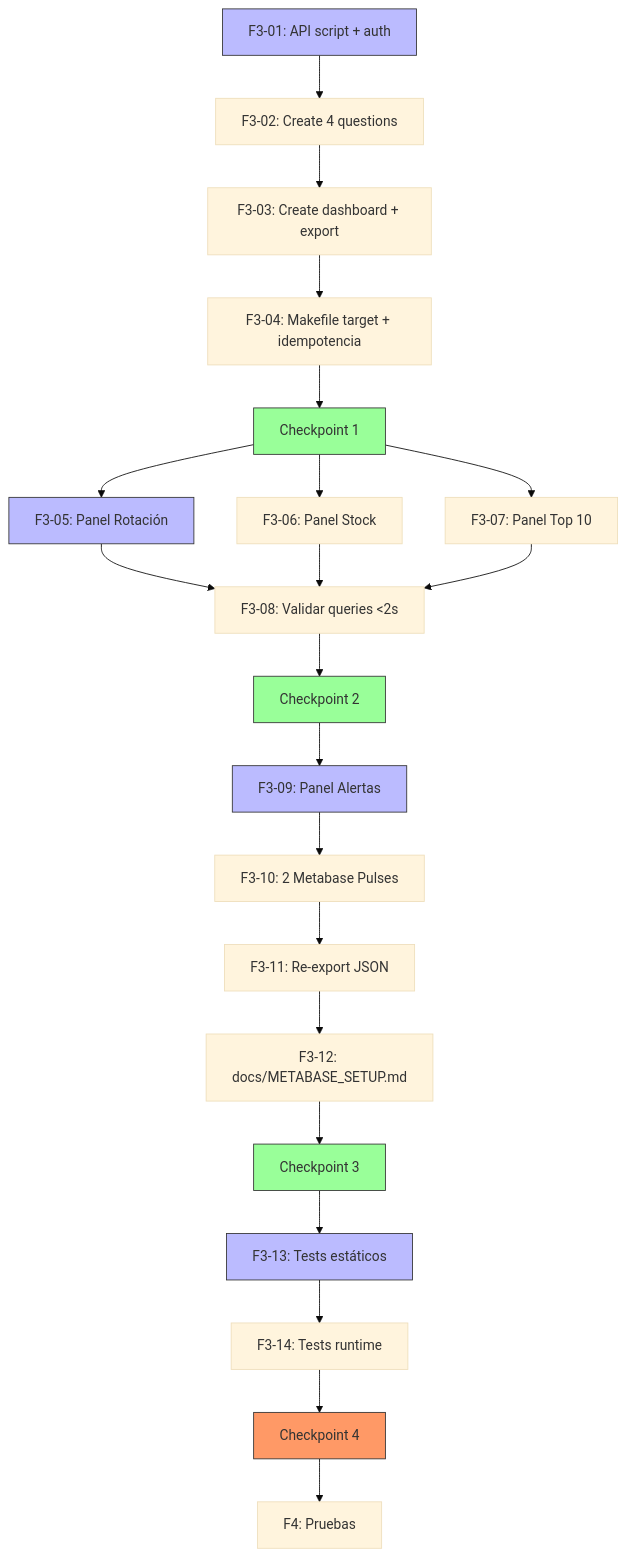
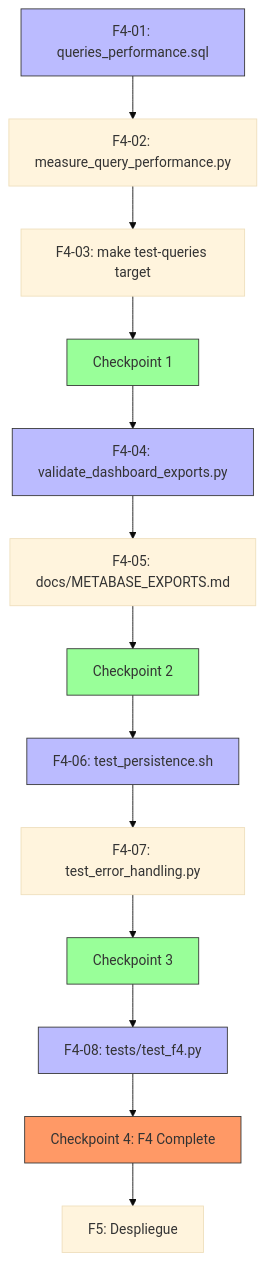
Before and after one commit to Fisherk2/dashboard-metabase-analiticas: the diagram in tasks/plan.md, drawn with Mermaid (base theme). The commit also changed other lines of this file and 1 other file, not shown here.

Commit message:
docs(f4): create F4 execution plan — Performance, Export, Resilience, Test Suite

````diff
--- a/tasks/plan.md
+++ b/tasks/plan.md
@@ -135,32 +128,24 @@
 ```mermaid
 graph TD
-    F3_01[F3-01: API script + auth] --> F3_02[F3-02: Create 4 questions]
-    F3_02 --> F3_03[F3-03: Create dashboard + export]
-    F3_03 --> F3_04[F3-04: Makefile target + idempotencia]
-    F3_04 --> C1[Checkpoint 1]
-    C1 --> F3_05[F3-05: Panel Rotación]
-    C1 --> F3_06[F3-06: Panel Stock]
-    C1 --> F3_07[F3-07: Panel Top 10]
-    F3_05 --> F3_08[F3-08: Validar queries <2s]
-    F3_06 --> F3_08
-    F3_07 --> F3_08
-    F3_08 --> C2[Checkpoint 2]
-    C2 --> F3_09[F3-09: Panel Alertas]
-    F3_09 --> F3_10[F3-10: 2 Metabase Pulses]
-    F3_10 --> F3_11[F3-11: Re-export JSON]
-    F3_11 --> F3_12[F3-12: docs/METABASE_SETUP.md]
-    F3_12 --> C3[Checkpoint 3]
-    C3 --> F3_13[F3-13: Tests estáticos]
-    F3_13 --> F3_14[F3-14: Tests runtime]
-    F3_14 --> C4[Checkpoint 4]
-    C4 --> F4[F4: Pruebas]
+    F4_01[F4-01: queries_performance.sql] --> F4_02[F4-02: measure_query_performance.py]
+    F4_02 --> F4_03[F4-03: make test-queries target]
+    F4_03 --> C1[Checkpoint 1]
+    C1 --> F4_04[F4-04: validate_dashboard_exports.py]
+    F4_04 --> F4_05[F4-05: docs/METABASE_EXPORTS.md]
+    F4_05 --> C2[Checkpoint 2]
+    C2 --> F4_06[F4-06: test_persistence.sh]
+    F4_06 --> F4_07[F4-07: test_error_handling.py]
+    F4_07 --> C3[Checkpoint 3]
+    C3 --> F4_08[F4-08: tests/test_f4.py]
+    F4_08 --> C4[Checkpoint 4: F4 Complete]
+    C4 --> F5[F5: Despliegue]
 
-    style F3_01 fill:#bbf,stroke:#333
-    style F3_05 fill:#bbf,stroke:#333
-    style F3_09 fill:#bbf,stroke:#333
-    style F3_13 fill:#bbf,stroke:#333
+    style F4_01 fill:#bbf,stroke:#333
+    style F4_04 fill:#bbf,stroke:#333
+    style F4_06 fill:#bbf,stroke:#333
+    style F4_08 fill:#bbf,stroke:#333
     style C1 fill:#9f9,stroke:#333
     style C2 fill:#9f9,stroke:#333
     style C3 fill:#9f9,stroke:#333
     style C4 fill:#f96,stroke:#333
 ```
````
